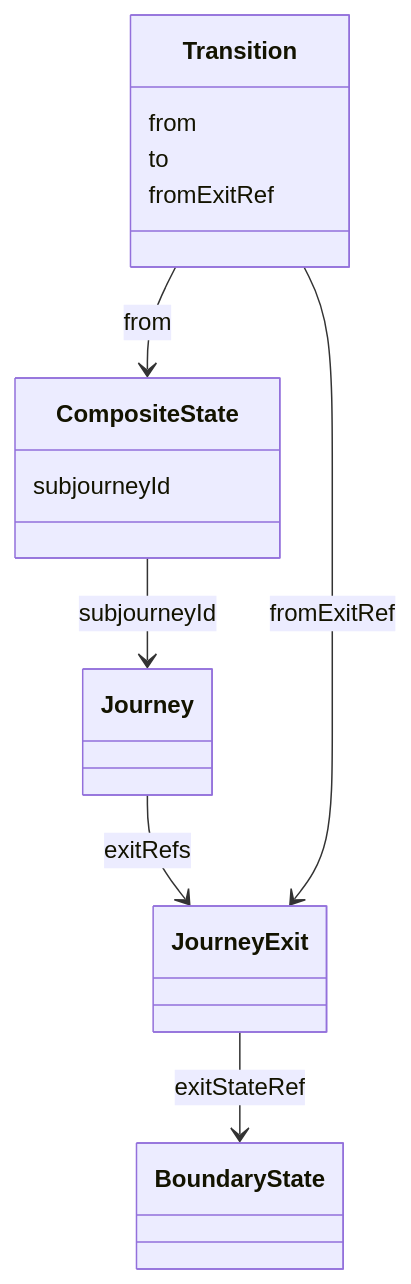
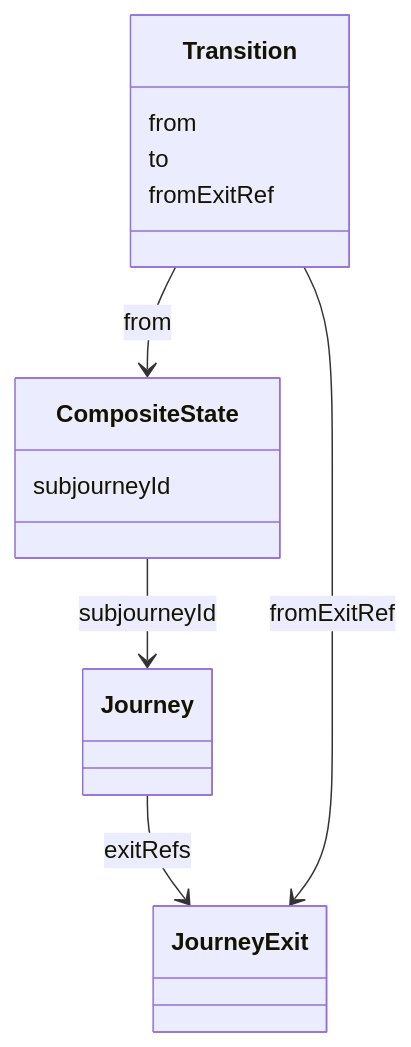
Before and after one commit to openuji/spec-ujg: the eighth of 11 diagrams in specs/ed/graph/index.md, drawn with Mermaid. The commit also changed other lines of this file and 22 other files, not shown here.

````diff
--- a/specs/ed/graph/index.md
+++ b/specs/ed/graph/index.md
@@ -481,20 +473,18 @@
 ```mermaid
 classDiagram
   class Journey
   class CompositeState {
     subjourneyId
   }
-  class BoundaryState
   class JourneyExit
   class Transition {
     from
     to
     fromExitRef
   }
 
   CompositeState --> Journey : subjourneyId
   Journey --> JourneyExit : exitRefs
-  JourneyExit --> BoundaryState : exitStateRef
   Transition --> CompositeState : from
   Transition --> JourneyExit : fromExitRef
 ```
````
